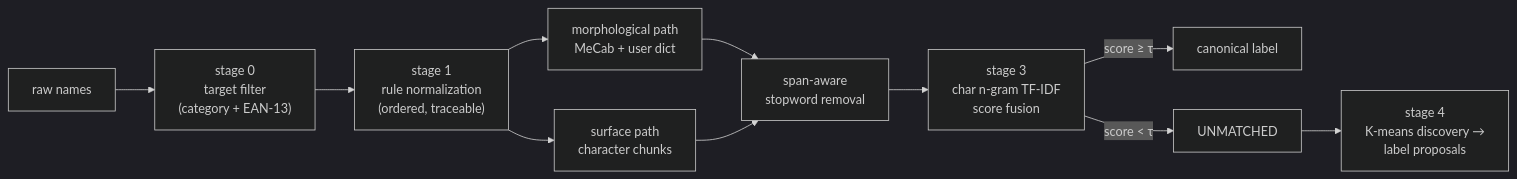
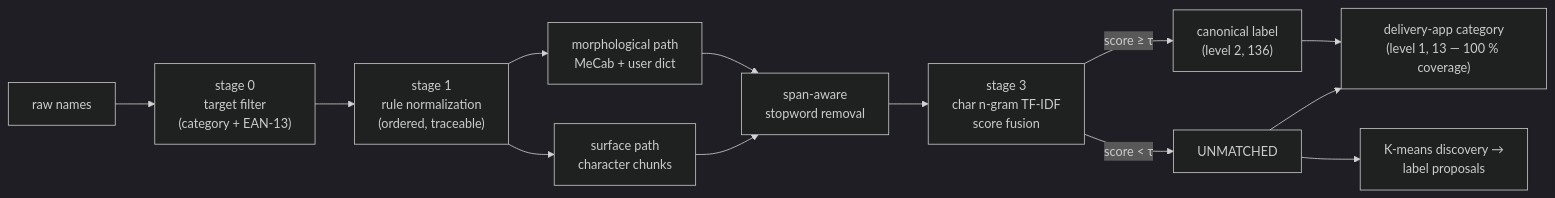
One commit to pmy02/Menunorm changed the diagram in README.md. Above: the diagram before and after it, drawn with Mermaid (dark theme). The commit also changed other lines of this file and 22 other files, not shown here.

First line of the commit message:
v3: two-level standardization with delivery-app categories

````diff
--- a/README.md
+++ b/README.md
@@ -43,13 +58,15 @@
 ```mermaid
 flowchart LR
     A[raw names] --> B["stage 0<br/>target filter<br/>(category + EAN-13)"]
     B --> C["stage 1<br/>rule normalization<br/>(ordered, traceable)"]
     C --> D1["morphological path<br/>MeCab + user dict"]
     C --> D2["surface path<br/>character chunks"]
     D1 --> E["span-aware<br/>stopword removal"]
     D2 --> E
     E --> F["stage 3<br/>char n-gram TF-IDF<br/>score fusion"]
-    F -->|"score ≥ τ"| G[canonical label]
+    F -->|"score ≥ τ"| G["canonical label<br/>(level 2, 136)"]
     F -->|"score < τ"| H[UNMATCHED]
-    H --> I["stage 4<br/>K-means discovery →<br/>label proposals"]
+    G --> J["delivery-app category<br/>(level 1, 13 — 100 % coverage)"]
+    H --> J
+    H --> I["K-means discovery →<br/>label proposals"]
 ```
````
